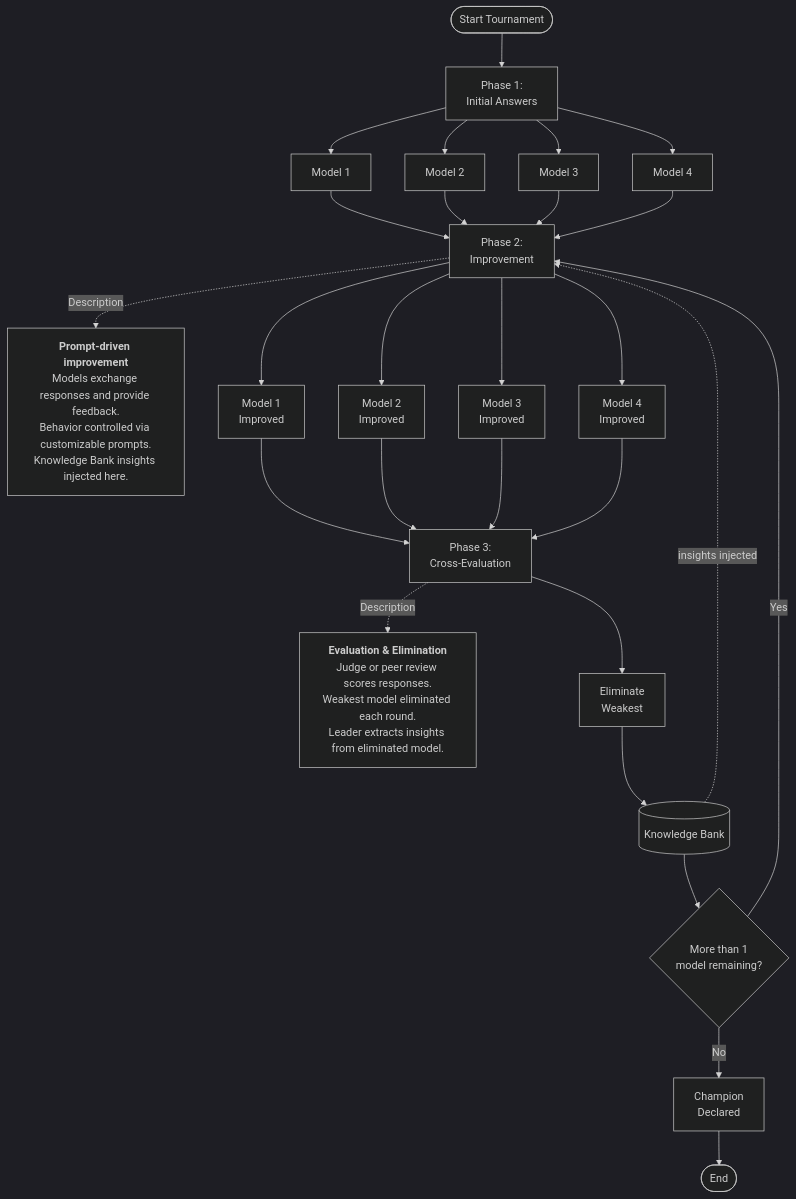
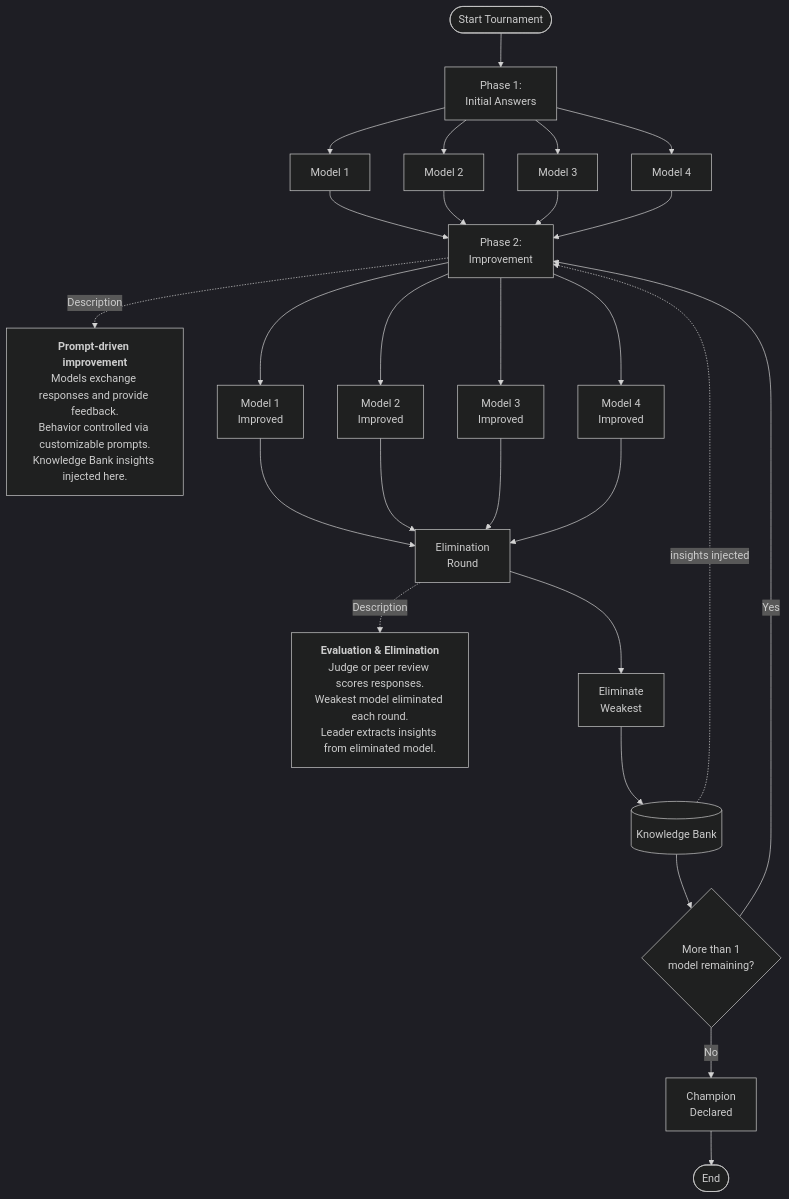
Before and after one commit to arbitrium-framework/arbitrium: the diagram in README.md, drawn with Mermaid (dark theme). The commit also changed other lines of this file and 70 other files, not shown here.

````diff
--- a/README.md
+++ b/README.md
@@ -110,50 +104,50 @@
 ```mermaid
 flowchart TD
     Start([Start Tournament])
 
     Start --> Phase1[Phase 1:<br/>Initial Answers]
 
     Phase1 --> M1[Model 1]
     Phase1 --> M2[Model 2]
     Phase1 --> M3[Model 3]
     Phase1 --> M4[Model 4]
 
     M1 --> Phase2[Phase 2:<br/>Improvement]
     M2 --> Phase2
     M3 --> Phase2
     M4 --> Phase2
 
     Phase2 -.Description.-> P2_Desc["`**Prompt-driven improvement**
 
 Models exchange responses and provide feedback.
 Behavior controlled via customizable prompts.
 Knowledge Bank insights injected here.
 `"]
 
     Phase2 --> M1_Imp[Model 1<br/>Improved]
     Phase2 --> M2_Imp[Model 2<br/>Improved]
     Phase2 --> M3_Imp[Model 3<br/>Improved]
     Phase2 --> M4_Imp[Model 4<br/>Improved]
 
-    M1_Imp --> Phase3[Phase 3:<br/>Cross-Evaluation]
-    M2_Imp --> Phase3
-    M3_Imp --> Phase3
-    M4_Imp --> Phase3
+    M1_Imp --> Eval[Elimination<br/>Round]
+    M2_Imp --> Eval
+    M3_Imp --> Eval
+    M4_Imp --> Eval
 
-    Phase3 -.Description.-> P3_Desc["`**Evaluation & Elimination**
+    Eval -.Description.-> EvalDesc["`**Evaluation & Elimination**
 
 Judge or peer review scores responses.
 Weakest model eliminated each round.
 Leader extracts insights from eliminated model.
 `"]
 
-    Phase3 --> Elim[Eliminate<br/>Weakest]
+    Eval --> Elim[Eliminate<br/>Weakest]
     Elim --> KB[(Knowledge Bank)]
     KB --> Check{More than 1<br/>model remaining?}
     KB -."insights injected".-> Phase2
 
     Check -->|Yes| Phase2
     Check -->|No| Champion[Champion<br/>Declared]
 
     Champion --> End([End])
 ```
````
